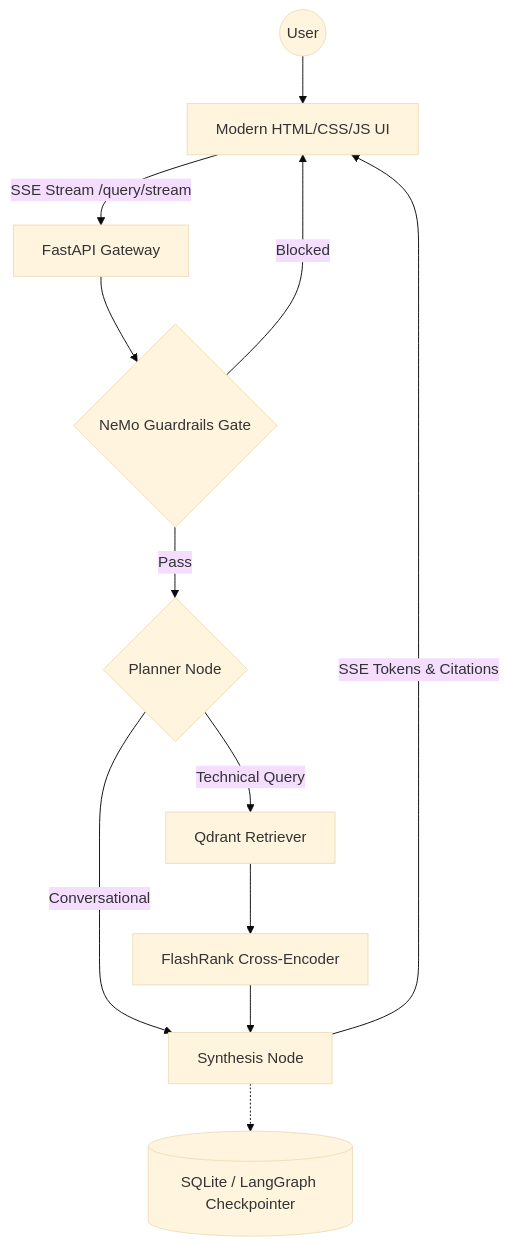
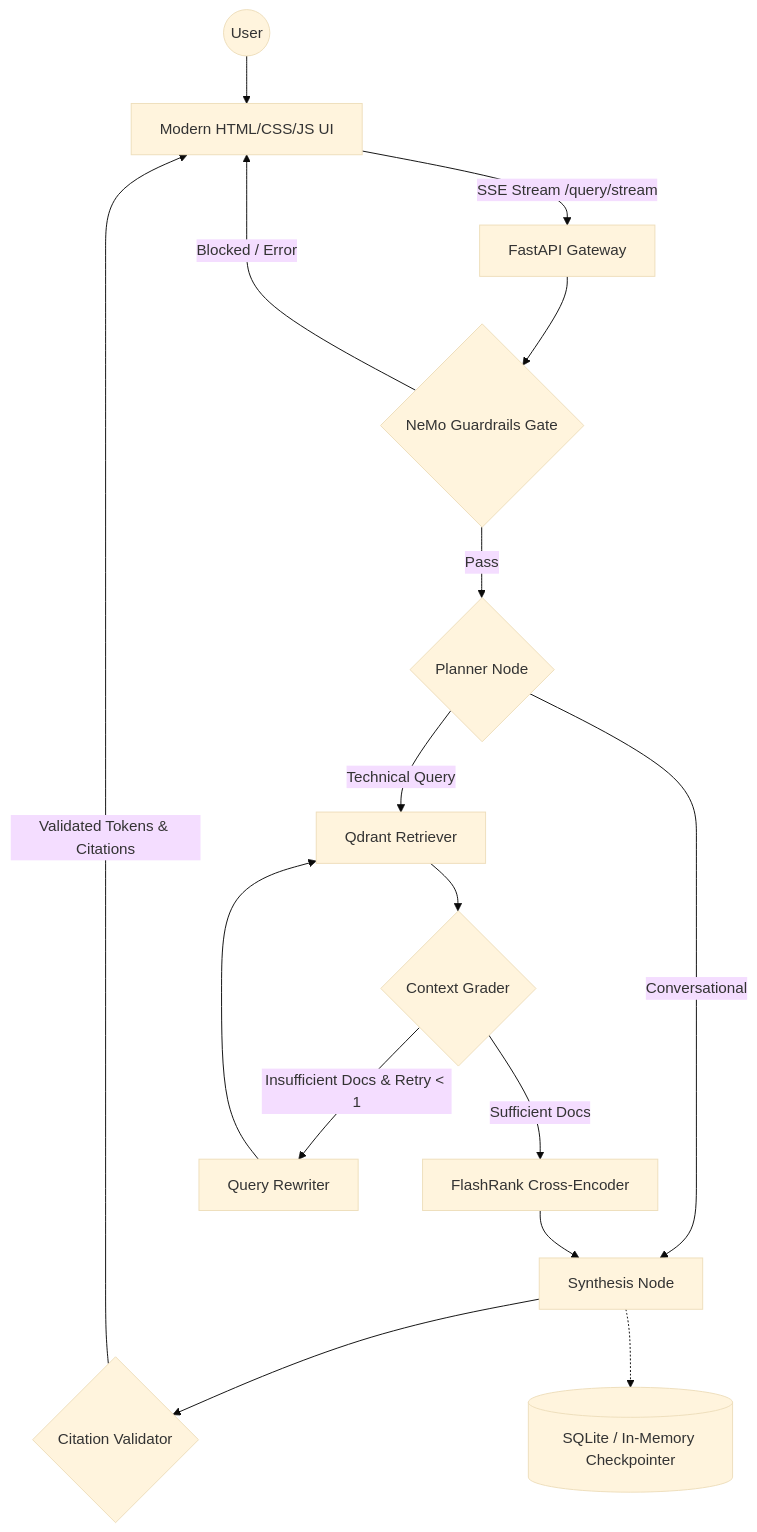
One commit to dheerajgowd-18/agentic-rag changed the diagram in README.md. Above: the diagram before and after it, drawn with Mermaid (base theme). The commit also changed other lines of this file and 2 other files, not shown here.

Commit message:
docs: update README, ARCHITECTURE, and commands with implementation details

````diff
--- a/README.md
+++ b/README.md
@@ -22,14 +26,18 @@
 ```mermaid
 graph TD
     User((User)) --> UI[Modern HTML/CSS/JS UI]
     UI -->|SSE Stream /query/stream| API[FastAPI Gateway]
     API --> Guard{NeMo Guardrails Gate}
-    Guard -->|Blocked| UI
+    Guard -->|Blocked / Error| UI
     Guard -->|Pass| Planner{Planner Node}
     Planner -->|Conversational| Responder[Synthesis Node]
     Planner -->|Technical Query| Retriever[Qdrant Retriever]
-    Retriever --> Reranker[FlashRank Cross-Encoder]
+    Retriever --> Grader{Context Grader}
+    Grader -->|Sufficient Docs| Reranker[FlashRank Cross-Encoder]
+    Grader -->|Insufficient Docs & Retry < 1| Rewriter[Query Rewriter]
+    Rewriter --> Retriever
     Reranker --> Responder
-    Responder -->|SSE Tokens & Citations| UI
-    Responder -.-> Memory[(SQLite / LangGraph Checkpointer)]
+    Responder --> Validator{Citation Validator}
+    Validator -->|Validated Tokens & Citations| UI
+    Responder -.-> Memory[(SQLite / In-Memory Checkpointer)]
 ```
````
